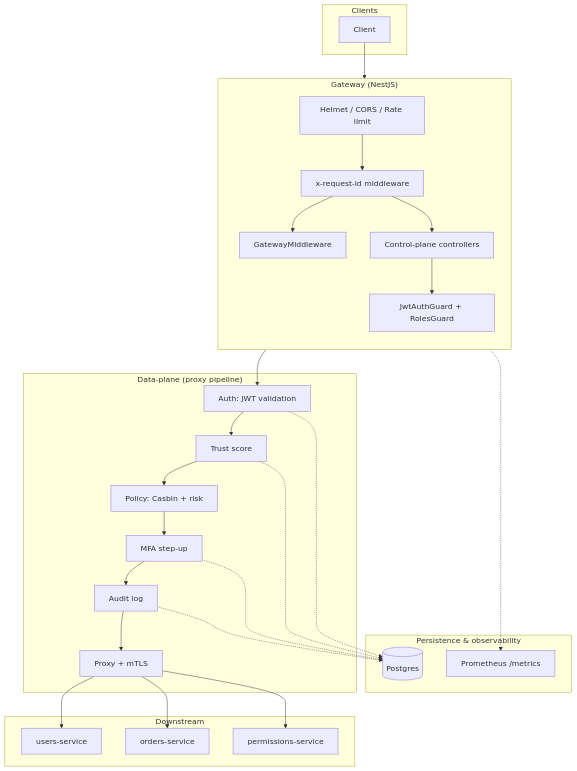
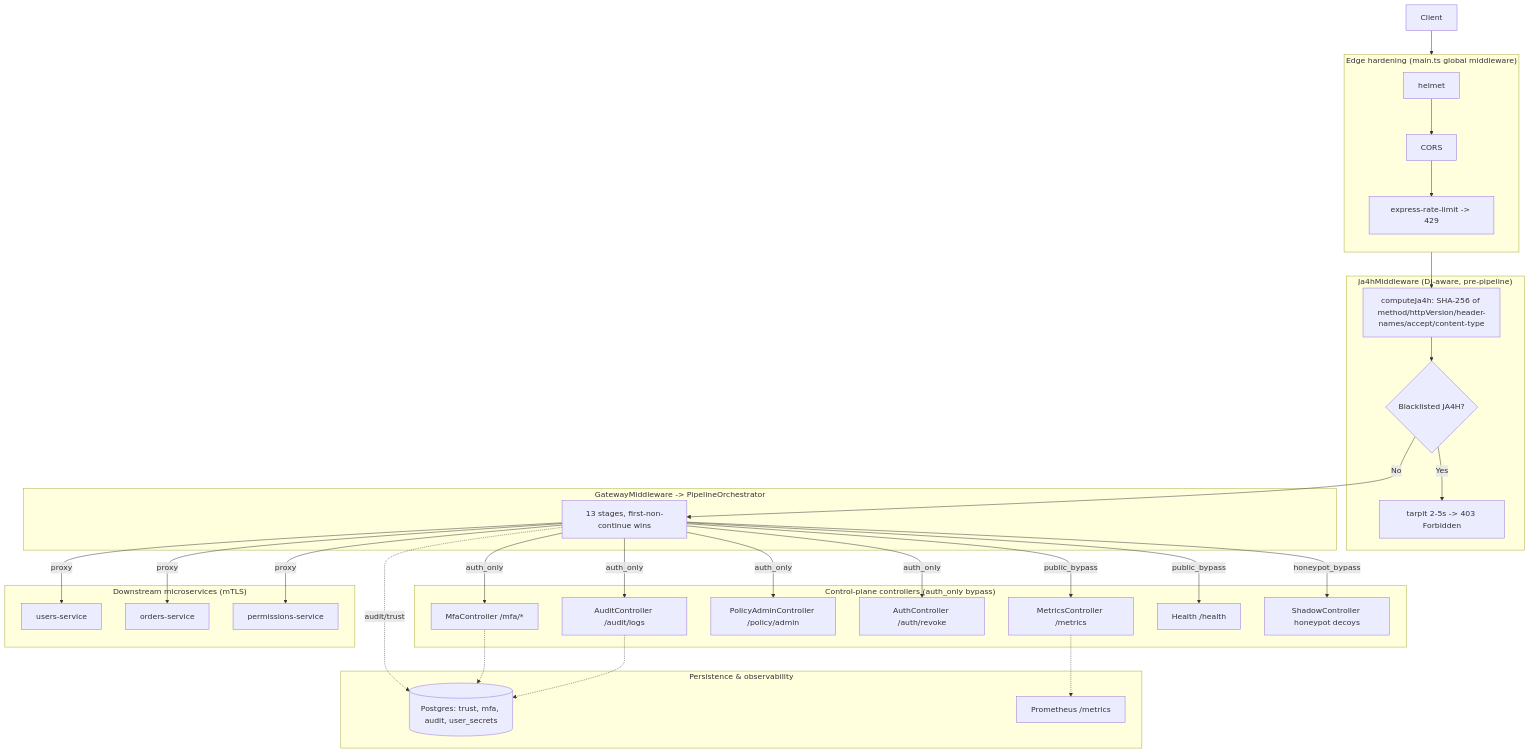
One commit to spasoye-json/zt-access-gateway changed the first of 9 diagrams in docs/DIAGRAMS.md. Above: the diagram before and after it, drawn with Mermaid. The commit also changed other lines of this file and 4 other files, not shown here.

First line of the commit message:
docs: thesis pipeline walkthrough + sync architecture docs to current implementation (#49)

````diff
--- a/docs/DIAGRAMS.md
+++ b/docs/DIAGRAMS.md
@@ -25,57 +29,64 @@
 ```mermaid
 flowchart TB
-  subgraph Clients
-    Client[Client]
+  Client[Client]
+
+  subgraph Edge["Edge hardening (main.ts global middleware)"]
+    direction TB
+    Helmet[helmet]
+    Cors[CORS]
+    RateLimit[express-rate-limit -> 429]
   end
 
-  subgraph Gateway["Gateway (NestJS)"]
-    direction TB
-    Helmet[Helmet / CORS / Rate limit]
-    Correlation[x-request-id middleware]
-    GWModule[GatewayMiddleware]
-    Controllers[Control-plane controllers]
-    Guards[JwtAuthGuard + RolesGuard]
+  subgraph Ja4h["Ja4hMiddleware (DI-aware, pre-pipeline)"]
+    Compute[computeJa4h: SHA-256 of method/httpVersion/header-names/accept/content-type]
+    Blacklist{Blacklisted JA4H?}
+    Tarpit[tarpit 2-5s -> 403 Forbidden]
   end
 
-  subgraph DataPlane["Data-plane (proxy pipeline)"]
-    Auth[Auth: JWT validation]
-    Trust[Trust score]
-    Policy[Policy: Casbin + risk]
-    MFA[MFA step-up]
-    Audit[Audit log]
-    Proxy[Proxy + mTLS]
+  subgraph Gateway["GatewayMiddleware -> PipelineOrchestrator"]
+    Pipeline[13 stages, first-non-continue wins]
   end
 
-  subgraph Downstream["Downstream"]
+  subgraph ControlPlane["Control-plane controllers (auth_only bypass)"]
+    MfaCtl[MfaController /mfa/*]
+    AuditCtl[AuditController /audit/logs]
+    PolicyCtl[PolicyAdminController /policy/admin]
+    AuthCtl[AuthController /auth/revoke]
+    Metrics[MetricsController /metrics]
+    Health[Health /health]
+    Shadow[ShadowController honeypot decoys]
+  end
+
+  subgraph Downstream["Downstream microservices (mTLS)"]
     Users[users-service]
     Orders[orders-service]
     Perms[permissions-service]
   end
 
   subgraph Persistence["Persistence & observability"]
-    Postgres[(Postgres)]
-    Prometheus[Prometheus /metrics]
+    Postgres[(Postgres: trust, mfa, audit, user_secrets)]
+    Prom[Prometheus /metrics]
   end
 
-  Client --> Helmet
-  Helmet --> Correlation
-  Correlation --> GWModule
-  Correlation --> Controllers
-  Controllers --> Guards
+  Client --> Helmet --> Cors --> RateLimit --> Compute
+  Compute --> Blacklist
+  Blacklist -->|Yes| Tarpit
+  Blacklist -->|No| Pipeline
 
-  GWModule --> Auth
-  Auth --> Trust
-  Trust --> Policy
-  Policy --> MFA
-  MFA --> Audit
-  Audit --> Proxy
-  Proxy --> Users
-  Proxy --> Orders
-  Proxy --> Perms
+  Pipeline -->|public_bypass| Health
+  Pipeline -->|public_bypass| Metrics
+  Pipeline -->|honeypot_bypass| Shadow
+  Pipeline -->|auth_only| MfaCtl
+  Pipeline -->|auth_only| AuditCtl
+  Pipeline -->|auth_only| PolicyCtl
+  Pipeline -->|auth_only| AuthCtl
 
-  Auth -.-> Postgres
-  Trust -.-> Postgres
-  MFA -.-> Postgres
-  Audit -.-> Postgres
-  Controllers -.-> Prometheus
+  Pipeline -->|proxy| Users
+  Pipeline -->|proxy| Orders
+  Pipeline -->|proxy| Perms
+
+  Pipeline -.audit/trust.-> Postgres
+  MfaCtl -.-> Postgres
+  AuditCtl -.-> Postgres
+  Metrics -.-> Prom
 ```
````
